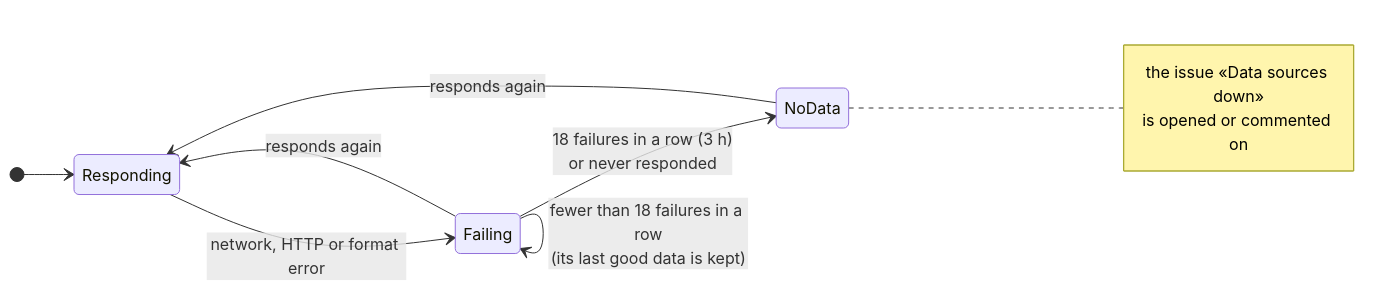
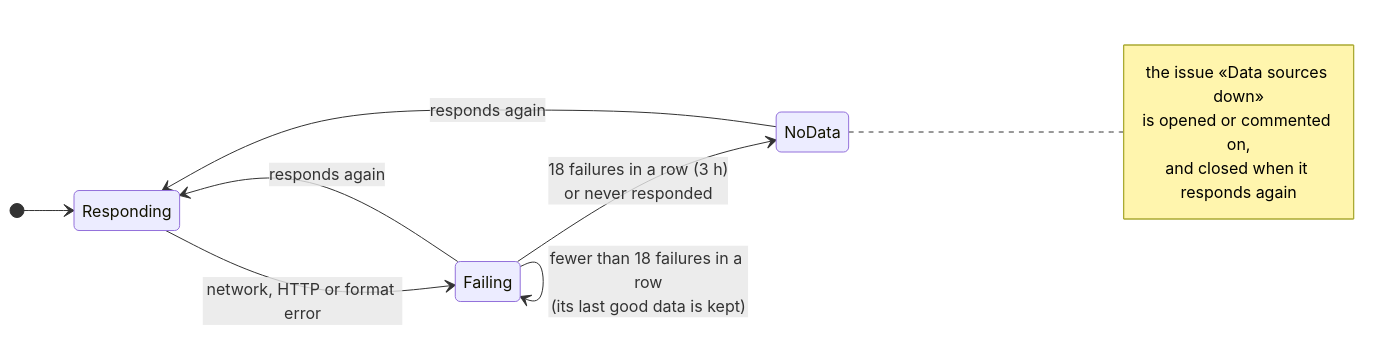
Before and after one commit to serbenda/uptime: the first of 6 diagrams in README.md, drawn with Mermaid. The commit also changed other lines of this file and 15 other files, not shown here.

````diff
--- a/README.md
+++ b/README.md
@@ -474,11 +474,11 @@
 ```mermaid
 stateDiagram-v2
   direction LR
   [*] --> Responding
   Responding --> Failing: network, HTTP or format error
   Failing --> Responding: responds again
   Failing --> Failing: fewer than 18 failures in a row<br/>(its last good data is kept)
   Failing --> NoData: 18 failures in a row (3 h)<br/>or never responded
   NoData --> Responding: responds again
-  note right of NoData: the issue «Data sources down»<br/>is opened or commented on
+  note right of NoData: the issue «Data sources down»<br/>is opened or commented on,<br/>and closed when it responds again
 ```
````
